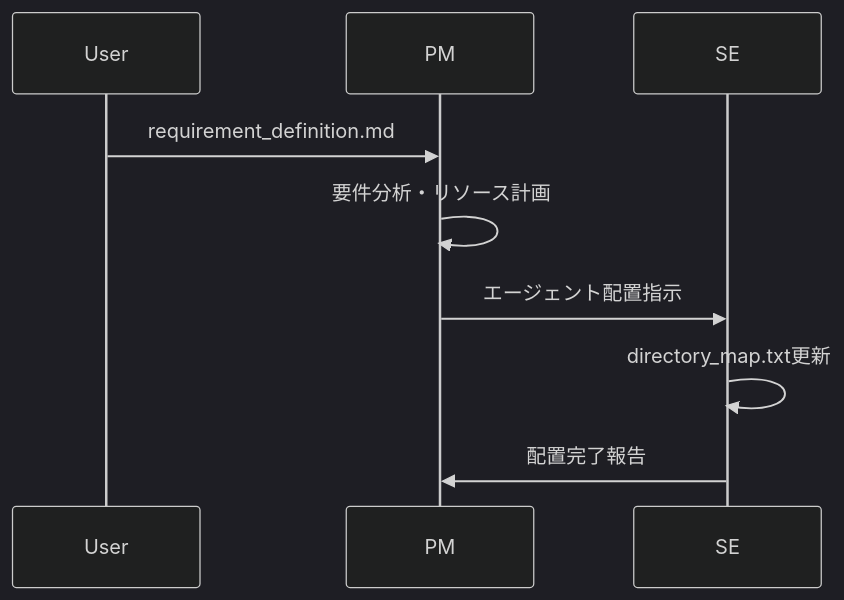
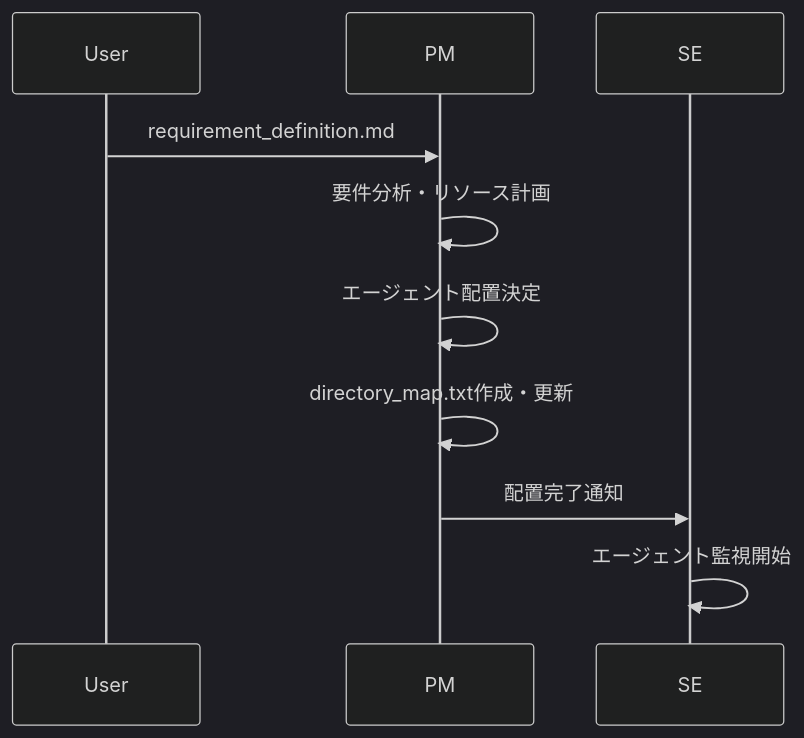
Before and after one commit to erkinalp/VibeCodeHPC-tr: the second of 3 diagrams in README.md, drawn with Mermaid (dark theme). The commit also changed other lines of this file, not shown here.

````diff
--- a/README.md
+++ b/README.md
@@ -79,12 +79,13 @@
 ```mermaid
 sequenceDiagram
     participant User
     participant PM as PM
     participant SE as SE
     
     User->>PM: requirement_definition.md
     PM->>PM: 要件分析・リソース計画
-    PM->>SE: エージェント配置指示
-    SE->>SE: directory_map.txt更新
-    SE->>PM: 配置完了報告
+    PM->>PM: エージェント配置決定
+    PM->>PM: directory_map.txt作成・更新
+    PM->>SE: 配置完了通知
+    SE->>SE: エージェント監視開始
 ```
````
